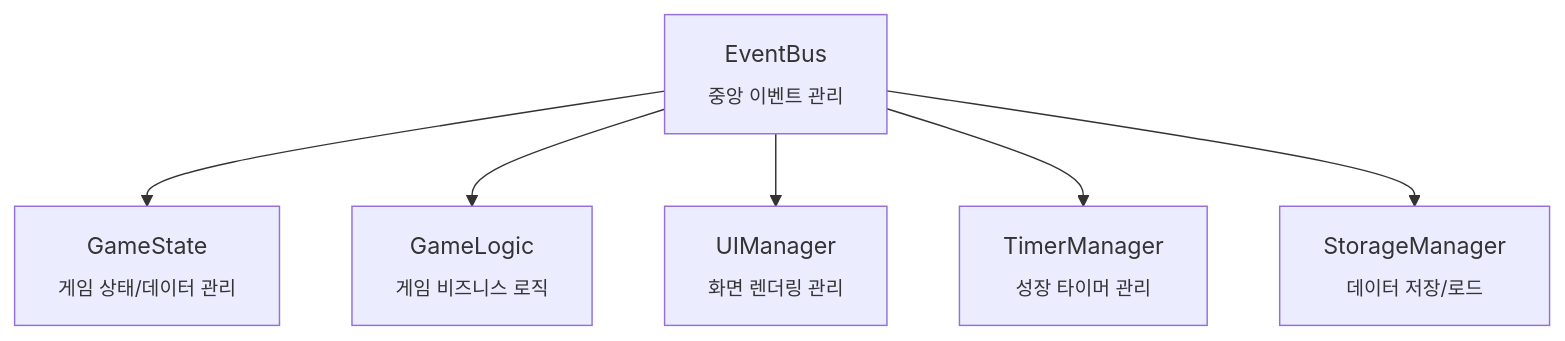
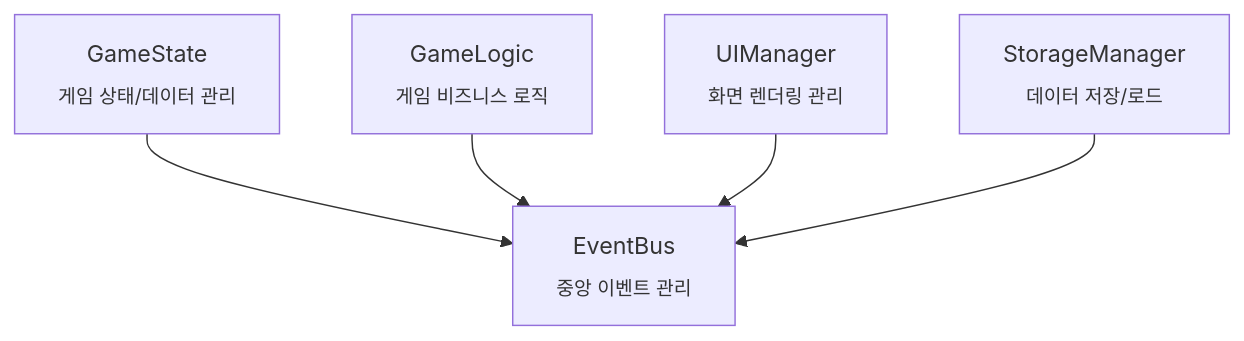
One commit to macaronpark/mushroom-in-my-yard changed the diagram in CLAUDE.md. Above: the diagram before and after it, drawn with Mermaid. The commit also changed other lines of this file, not shown here.

````diff
--- a/CLAUDE.md
+++ b/CLAUDE.md
@@ -42,16 +41,15 @@
 ```mermaid
 graph TD
     EventBus["EventBus<br/><sub>중앙 이벤트 관리</sub>"]
 
     GameState["GameState<br/><sub>게임 상태/데이터 관리</sub>"]
     GameLogic["GameLogic<br/><sub>게임 비즈니스 로직</sub>"]
     UIManager["UIManager<br/><sub>화면 렌더링 관리</sub>"]
-    TimerManager["TimerManager<br/><sub>성장 타이머 관리</sub>"]
     StorageManager["StorageManager<br/><sub>데이터 저장/로드</sub>"]
 
-    EventBus --> GameState
-    EventBus --> GameLogic
-    EventBus --> UIManager
-    EventBus --> TimerManager
-    EventBus --> StorageManager
+     GameState --> EventBus
+     GameLogic --> EventBus
+     UIManager --> EventBus
+     StorageManager --> EventBus
+
 ```
````
